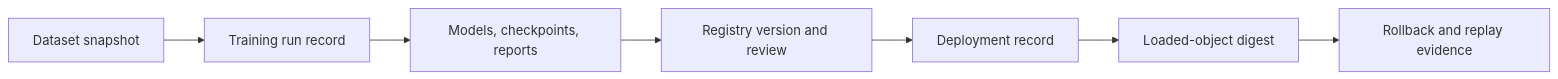
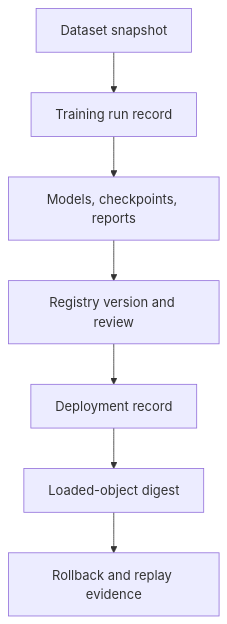
One commit to senlinyy/dev-roadmaps changed the first of 3 diagrams in roadmaps/mlops/modules/mlops-infrastructure/storage-systems/02-object-storage-for-ml-systems.md. Above: the diagram before and after it, drawn with Mermaid. The commit also changed other lines of this file and 152 other files, not shown here.

Commit message:
feat: mlops and diagrams updated

````diff
--- a/roadmaps/mlops/modules/mlops-infrastructure/storage-systems/02-object-storage-for-ml-systems.md
+++ b/roadmaps/mlops/modules/mlops-infrastructure/storage-systems/02-object-storage-for-ml-systems.md
@@ -32,9 +32,9 @@
 ```mermaid
-flowchart LR
+flowchart TD
     Data["Dataset snapshot"] --> Run["Training run record"]
     Run --> Objects["Models, checkpoints, reports"]
     Objects --> Registry["Registry version and review"]
     Registry --> Release["Deployment record"]
     Release --> Runtime["Loaded-object digest"]
     Runtime --> Recovery["Rollback and replay evidence"]
 ```
````
